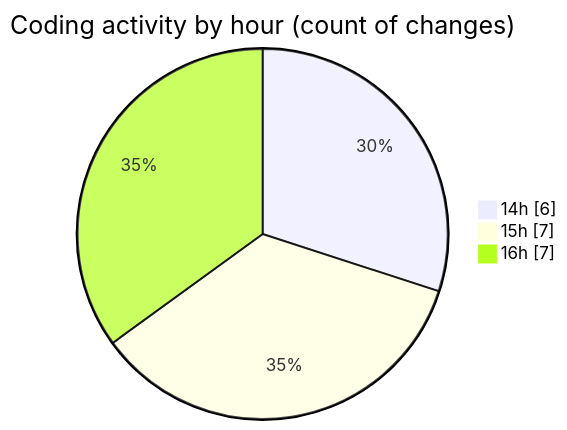
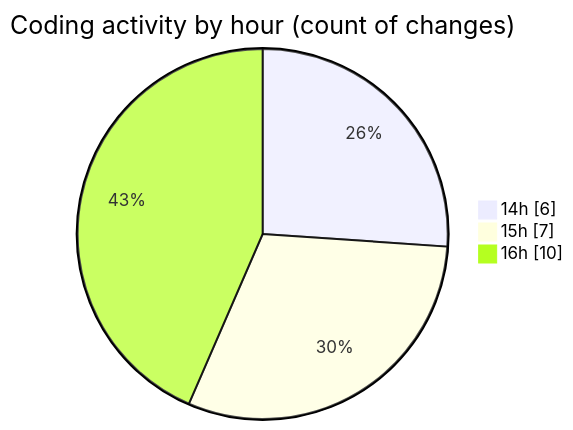
One commit to igalym/code-tracking changed the second of 2 diagrams in 2026-03-30/cinema/README.md. Above: the diagram before and after it, drawn with Mermaid. The commit also changed other lines of this file and 1 other file, not shown here.

````diff
--- a/2026-03-30/cinema/README.md
+++ b/2026-03-30/cinema/README.md
@@ -31,7 +31,7 @@
 ```mermaid
 pie showData
 title Coding activity by hour (count of changes)
 "14h" : 6
 "15h" : 7
-"16h" : 7
+"16h" : 10
 ```
````
